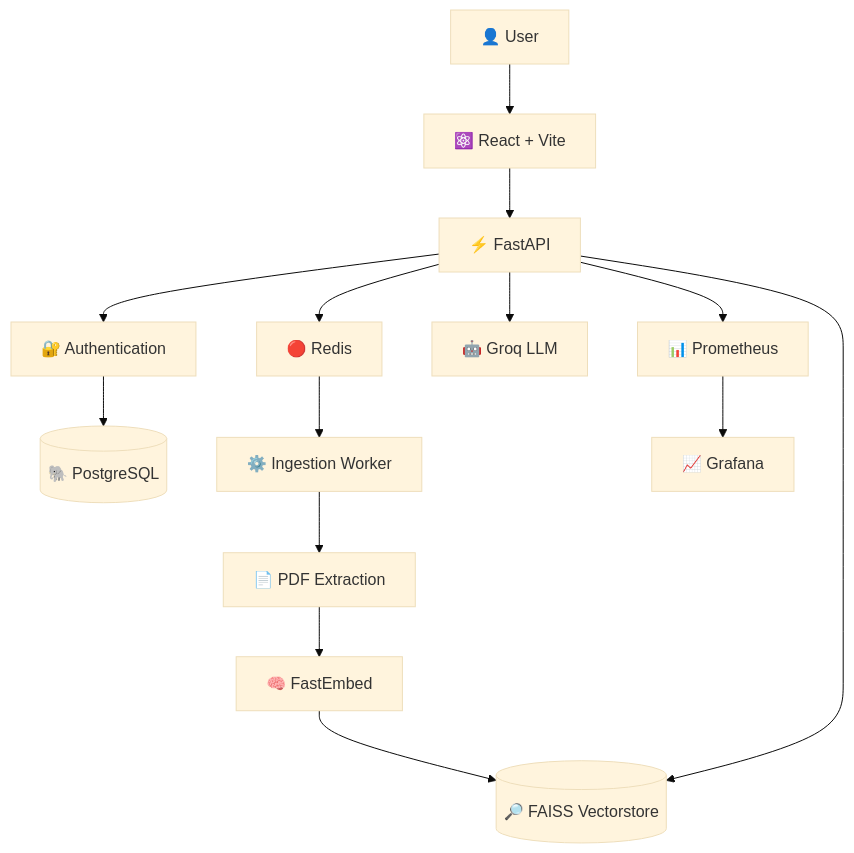
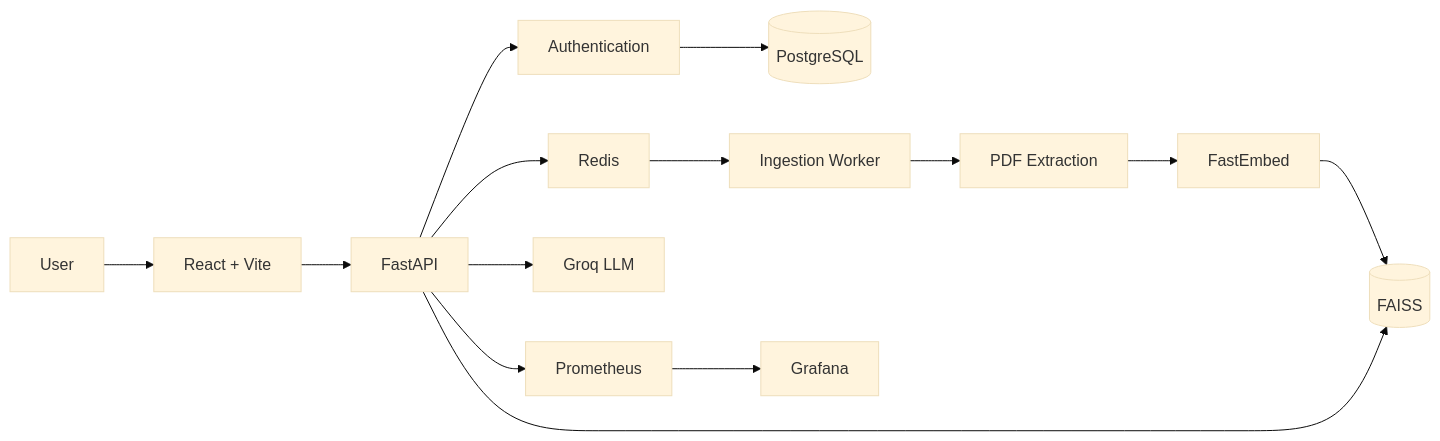
Before and after one commit to Dinesh-Sharma2004/Medical_chatbot: the diagram in README.md, drawn with Mermaid (base theme). The commit also changed other lines of this file, not shown here.

````diff
--- a/README.md
+++ b/README.md
@@ -369,48 +78,16 @@
 ```mermaid
-flowchart TB
-
-    USER["👤 User"]
-
-    FRONTEND["⚛️ React + Vite"]
-
-    API["⚡ FastAPI"]
-
-    AUTH["🔐 Authentication"]
-
-    DB[("🐘 PostgreSQL")]
-
-    REDIS["🔴 Redis"]
-
-    WORKER["⚙️ Ingestion Worker"]
-
-    PDF["📄 PDF Extraction"]
-
-    EMBED["🧠 FastEmbed"]
-
-    FAISS[("🔎 FAISS Vectorstore")]
-
-    GROQ["🤖 Groq LLM"]
-
-    PROM["📊 Prometheus"]
-
-    GRAF["📈 Grafana"]
-
-    USER --> FRONTEND
-    FRONTEND --> API
-
-    API --> AUTH
-    AUTH --> DB
-
-    API --> REDIS
-    REDIS --> WORKER
-
-    WORKER --> PDF
-    PDF --> EMBED
-    EMBED --> FAISS
-
+flowchart LR
+    USER[User] --> FRONTEND[React + Vite]
+    FRONTEND --> API[FastAPI]
+    API --> AUTH[Authentication]
+    AUTH --> DB[(PostgreSQL)]
+    API --> REDIS[Redis]
+    REDIS --> WORKER[Ingestion Worker]
+    WORKER --> PDF[PDF Extraction]
+    PDF --> EMBED[FastEmbed]
+    EMBED --> FAISS[(FAISS)]
     API --> FAISS
-    API --> GROQ
-
-    API --> PROM
-    PROM --> GRAF
+    API --> GROQ[Groq LLM]
+    API --> PROM[Prometheus]
+    PROM --> GRAF[Grafana]
 ```
````
